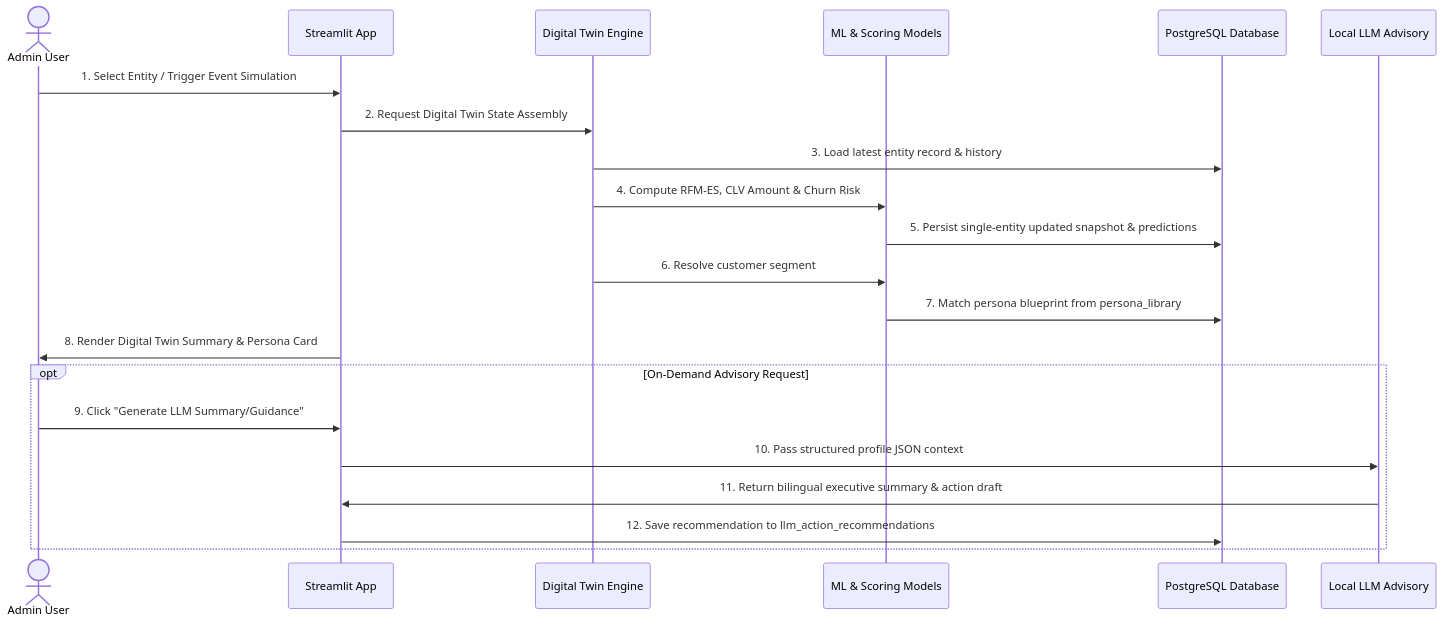
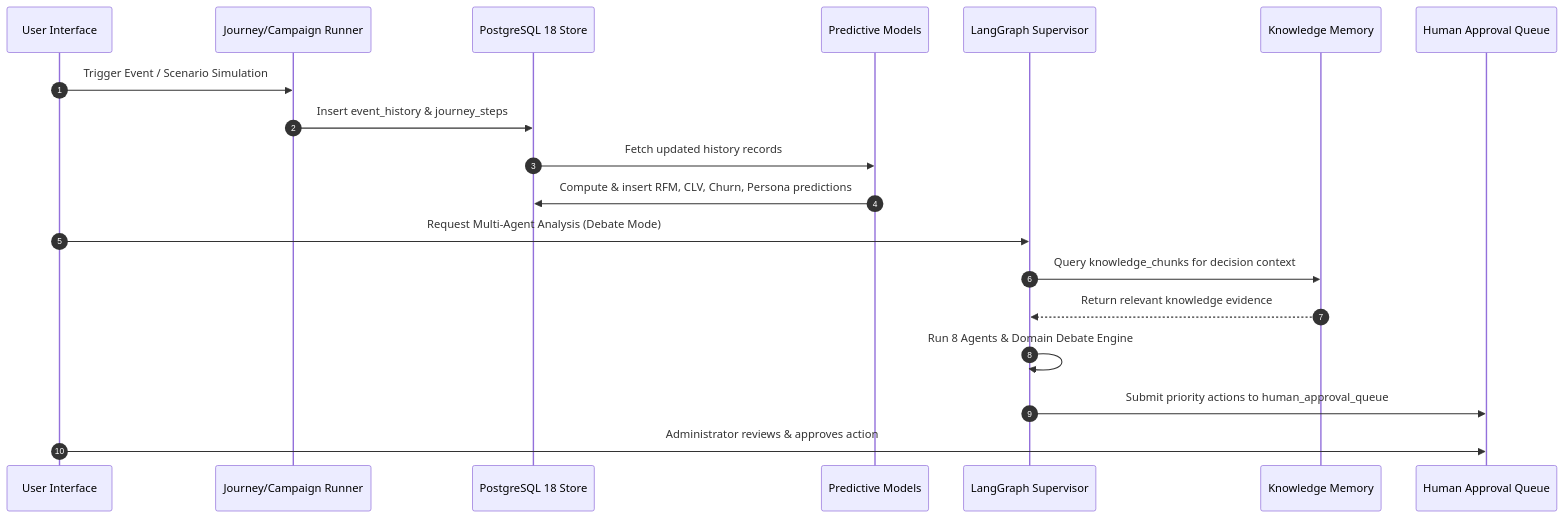
One commit to ZAKARIAE48CHELLE/Digital-Twin-Client-Classification changed the first of 3 diagrams in docs/OSMOS_Data_Flow.md. Above: the diagram before and after it, drawn with Mermaid. The commit also changed other lines of this file and 27 other files, not shown here.

Commit message:
docs: update comprehensive OSMOS documentation package to reflect Phases 1-8.7 system architecture

````diff
--- a/docs/OSMOS_Data_Flow.md
+++ b/docs/OSMOS_Data_Flow.md
@@ -7,25 +11,22 @@
 ```mermaid
 sequenceDiagram
-    actor Admin as Admin User
-    participant App as Streamlit App
-    participant DT as Digital Twin Engine
-    participant ML as ML & Scoring Models
-    participant DB as PostgreSQL Database
-    participant LLM as Local LLM Advisory
+    autonumber
+    participant UI as User Interface
+    participant Runner as Journey/Campaign Runner
+    participant DB as PostgreSQL 18 Store
+    participant Models as Predictive Models
+    participant LangGraph as LangGraph Supervisor
+    participant RAG as Knowledge Memory
+    participant Queue as Human Approval Queue
 
-    Admin->>App: 1. Select Entity / Trigger Event Simulation
-    App->>DT: 2. Request Digital Twin State Assembly
-    DT->>DB: 3. Load latest entity record & history
-    DT->>ML: 4. Compute RFM-ES, CLV Amount & Churn Risk
-    ML->>DB: 5. Persist single-entity updated snapshot & predictions
-    DT->>ML: 6. Resolve customer segment
-    ML->>DB: 7. Match persona blueprint from persona_library
-    App->>Admin: 8. Render Digital Twin Summary & Persona Card
-  
-    Opt On-Demand Advisory Request
-        Admin->>App: 9. Click "Generate LLM Summary/Guidance"
-        App->>LLM: 10. Pass structured profile JSON context
-        LLM->>App: 11. Return bilingual executive summary & action draft
-        App->>DB: 12. Save recommendation to llm_action_recommendations
-    end
+    UI->>Runner: Trigger Event / Scenario Simulation
+    Runner->>DB: Insert event_history & journey_steps
+    DB->>Models: Fetch updated history records
+    Models->>DB: Compute & insert RFM, CLV, Churn, Persona predictions
+    UI->>LangGraph: Request Multi-Agent Analysis (Debate Mode)
+    LangGraph->>RAG: Query knowledge_chunks for decision context
+    RAG-->>LangGraph: Return relevant knowledge evidence
+    LangGraph->>LangGraph: Run 8 Agents & Domain Debate Engine
+    LangGraph->>Queue: Submit priority actions to human_approval_queue
+    UI->>Queue: Administrator reviews & approves action
 ```
````
